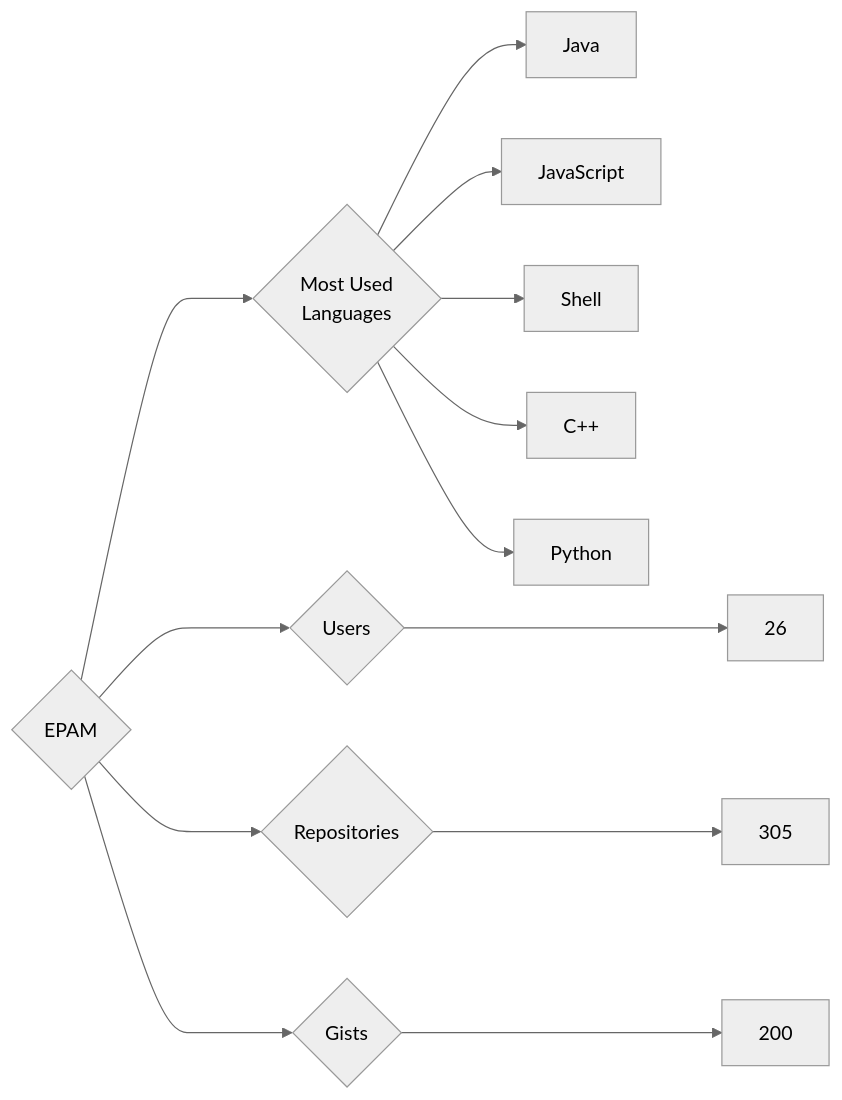
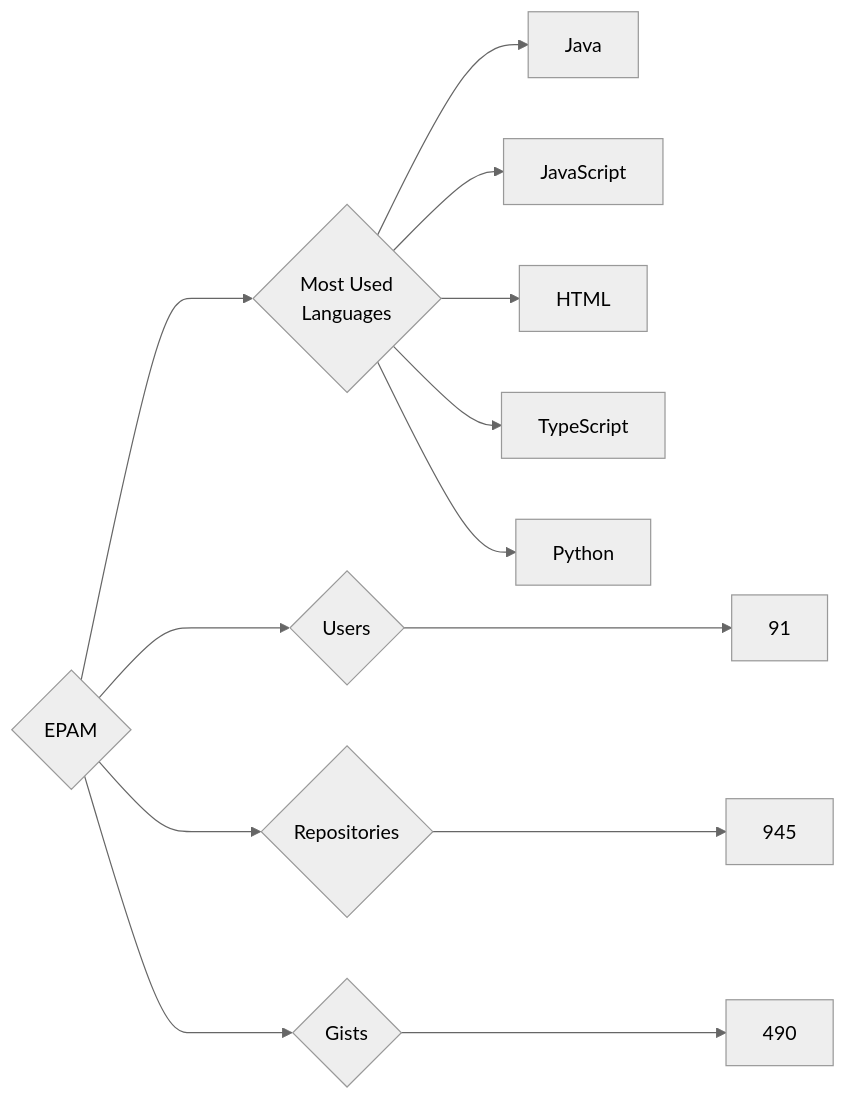
The diagram in targets/EPAM/README.md (trickest/insiders), drawn with Mermaid (neutral theme) before and after one commit. The commit also changed 882 other files, not shown here.

````diff
--- a/targets/EPAM/README.md
+++ b/targets/EPAM/README.md
@@ -3,13 +3,13 @@
 ```mermaid
 graph LR
 COMPANY_NAME{EPAM}
-COMPANY_NAME ---> U{Users} ---> UN[26]
-COMPANY_NAME ---> R{Repositories} ---> RN[305]
-COMPANY_NAME ---> G{Gists} ---> GN[200]
+COMPANY_NAME ---> U{Users} ---> UN[91]
+COMPANY_NAME ---> R{Repositories} ---> RN[945]
+COMPANY_NAME ---> G{Gists} ---> GN[490]
 COMPANY_NAME ---> ML{Most Used<br>Languages}
 ML --> Java[Java]
 ML --> JavaScript[JavaScript]
-ML --> Shell[Shell]
-ML --> C++[C++]
+ML --> HTML[HTML]
+ML --> TypeScript[TypeScript]
 ML --> Python[Python]
 ```
````
